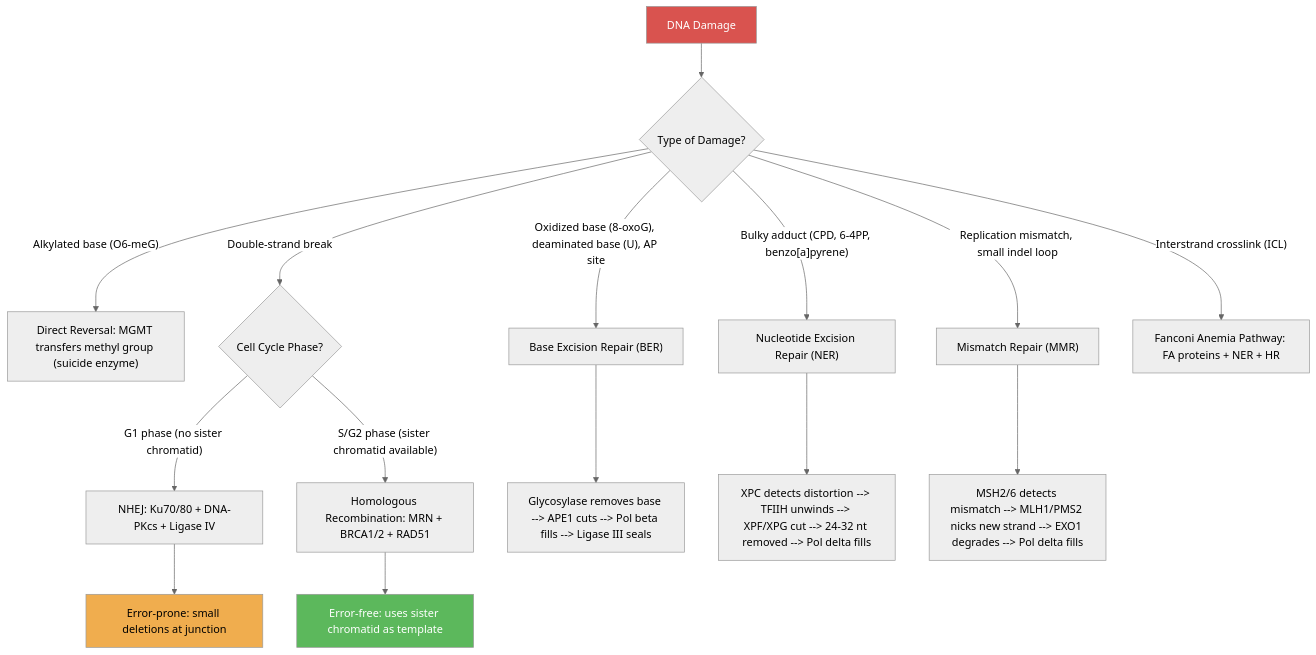
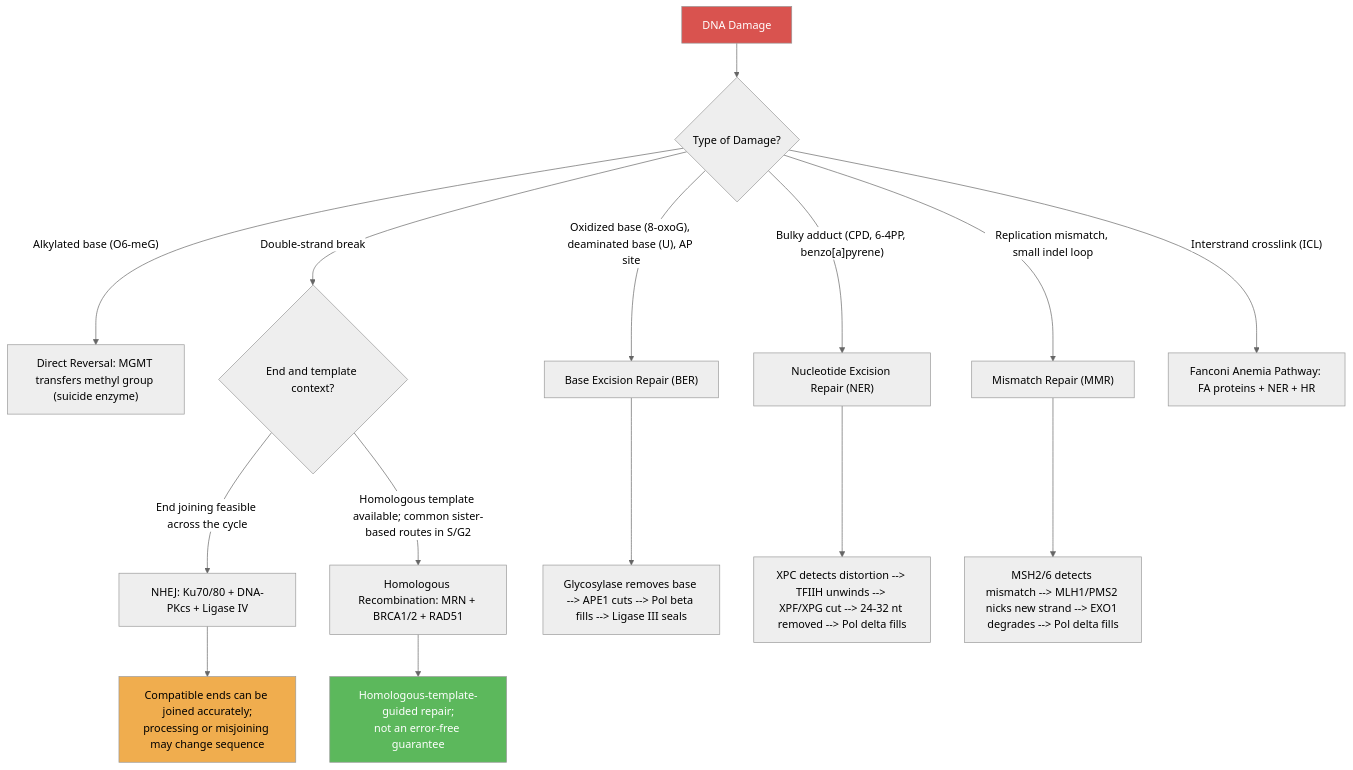
One commit to docxology/biology_textbook changed the first of 5 diagrams in docs/manuscript/unit_IV/mutations_and_genomics.md. Above: the diagram before and after it, drawn with Mermaid (neutral theme). The commit also changed other lines of this file and 444 other files, not shown here.

````diff
--- a/docs/manuscript/unit_IV/mutations_and_genomics.md
+++ b/docs/manuscript/unit_IV/mutations_and_genomics.md
@@ -215,22 +219,22 @@
 ```mermaid
 flowchart TD
     A[DNA Damage] --> B{Type of Damage?}
     B -->|"Alkylated base (O6-meG)"| C["Direct Reversal: MGMT transfers methyl group (suicide enzyme)"]
     B -->|"Oxidized base (8-oxoG), deaminated base (U), AP site"| D["Base Excision Repair (BER)"]
     B -->|"Bulky adduct (CPD, 6-4PP, benzo[a]pyrene)"| E["Nucleotide Excision Repair (NER)"]
     B -->|"Replication mismatch, small indel loop"| F["Mismatch Repair (MMR)"]
-    B -->|"Double-strand break"| G{Cell Cycle Phase?}
-    G -->|"G1 phase (no sister chromatid)"| H["NHEJ: Ku70/80 + DNA-PKcs + Ligase IV"]
-    G -->|"S/G2 phase (sister chromatid available)"| I["Homologous Recombination: MRN + BRCA1/2 + RAD51"]
+    B -->|"Double-strand break"| G{End and template context?}
+    G -->|"End joining feasible across the cycle"| H["NHEJ: Ku70/80 + DNA-PKcs + Ligase IV"]
+    G -->|"Homologous template available; common sister-based routes in S/G2"| I["Homologous Recombination: MRN + BRCA1/2 + RAD51"]
     B -->|"Interstrand crosslink (ICL)"| J["Fanconi Anemia Pathway: FA proteins + NER + HR"]
 
     D --> K["Glycosylase removes base --> APE1 cuts --> Pol beta fills --> Ligase III seals"]
     E --> L["XPC detects distortion --> TFIIH unwinds --> XPF/XPG cut --> 24-32 nt removed --> Pol delta fills"]
     F --> M["MSH2/6 detects mismatch --> MLH1/PMS2 nicks new strand --> EXO1 degrades --> Pol delta fills"]
-    H --> N["Error-prone: small deletions at junction"]
-    I --> O["Error-free: uses sister chromatid as template"]
+    H --> N["Compatible ends can be joined accurately;<br/>processing or misjoining may change sequence"]
+    I --> O["Homologous-template-guided repair;<br/>not an error-free guarantee"]
 
     style A fill:#d9534f,color:#fff
     style N fill:#f0ad4e,color:#000
     style O fill:#5cb85c,color:#fff
 ```
````
